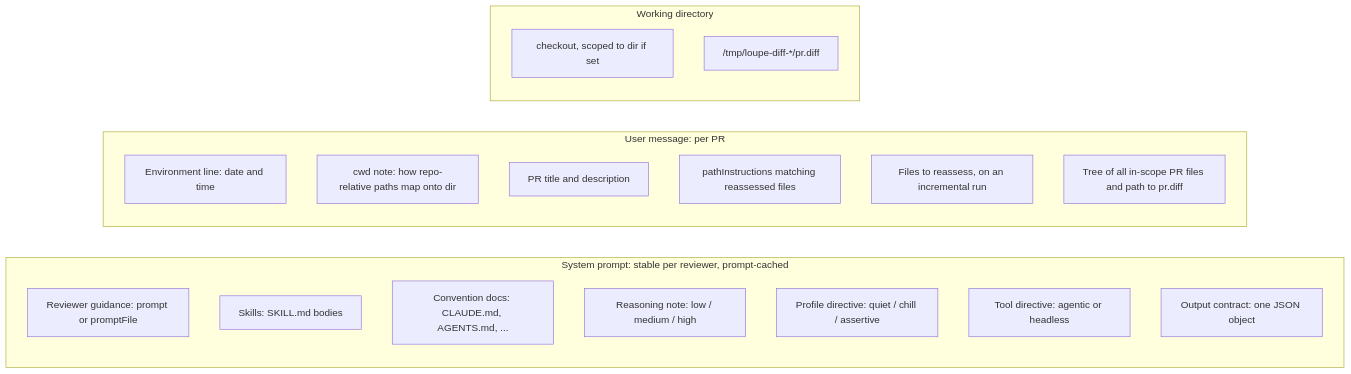
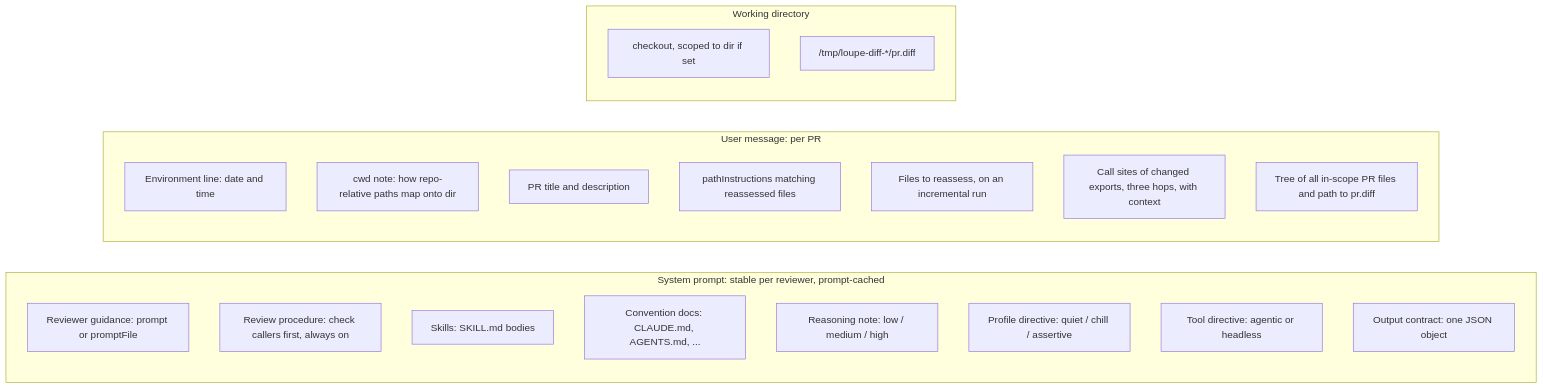
The diagram in docs/how-it-works/context.md (context-labs/loupe), drawn with Mermaid before and after one commit. The commit also changed other lines of this file and 2 other files, not shown here.

Commit message:
docs: review procedure and call-site section

````diff
--- a/docs/how-it-works/context.md
+++ b/docs/how-it-works/context.md
@@ -8,26 +8,28 @@
 ```mermaid
 flowchart LR
     subgraph SYS["System prompt: stable per reviewer, prompt-cached"]
         direction TB
         G[Reviewer guidance: prompt or promptFile]
+        PR[Review procedure: check callers first, always on]
         SK[Skills: SKILL.md bodies]
         CV[Convention docs: CLAUDE.md, AGENTS.md, ...]
         RN[Reasoning note: low / medium / high]
         PD[Profile directive: quiet / chill / assertive]
         AD[Tool directive: agentic or headless]
         OC[Output contract: one JSON object]
     end
     subgraph USR["User message: per PR"]
         direction TB
         ENV[Environment line: date and time]
         CW[cwd note: how repo-relative paths map onto dir]
         TI[PR title and description]
         PI[pathInstructions matching reassessed files]
         FO[Files to reassess, on an incremental run]
+        CS[Call sites of changed exports, three hops, with context]
         TR[Tree of all in-scope PR files and path to pr.diff]
     end
     subgraph CWD["Working directory"]
         CO[checkout, scoped to dir if set]
         DF["/tmp/loupe-diff-*/pr.diff"]
     end
 ```
````
